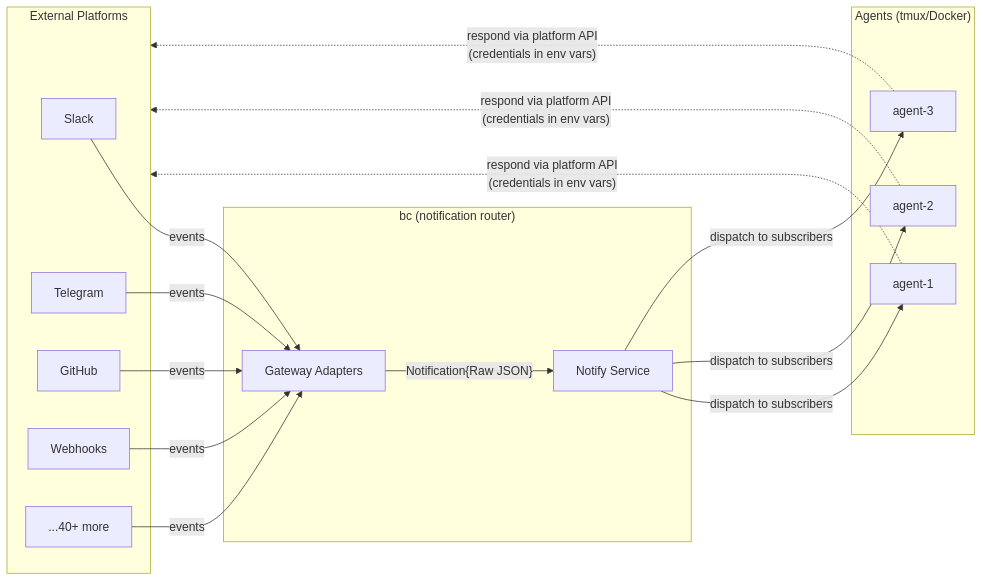
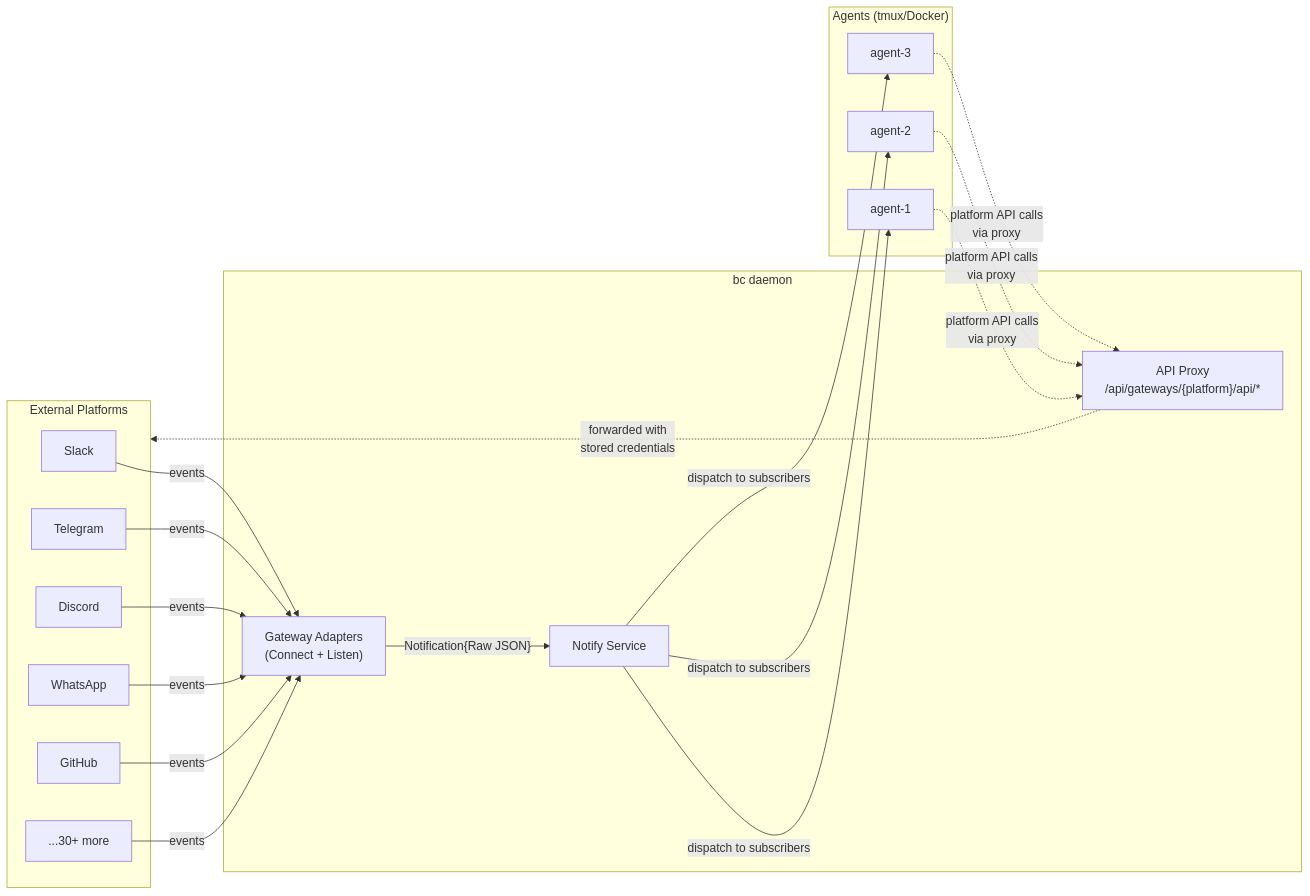
One commit to rpuneet/bc changed the first of 5 diagrams in docs/architecture/notifications.md. Above: the diagram before and after it, drawn with Mermaid. The commit also changed other lines of this file and 7 other files, not shown here.

````diff
--- a/docs/architecture/notifications.md
+++ b/docs/architecture/notifications.md
@@ -9,26 +21,29 @@
 ```mermaid
 flowchart LR
     subgraph Platforms["External Platforms"]
         S[Slack]
         T[Telegram]
+        D[Discord]
+        W[WhatsApp]
         G[GitHub]
-        W[Webhooks]
-        More["...40+ more"]
+        More["...30+ more"]
     end
 
-    subgraph bc["bc (notification router)"]
-        GW["Gateway Adapters"]
+    subgraph bc["bc daemon"]
+        GW["Gateway Adapters<br/>(Connect + Listen)"]
         NS["Notify Service"]
+        PROXY["API Proxy<br/>/api/gateways/{platform}/api/*"]
     end
 
     subgraph Agents["Agents (tmux/Docker)"]
         A1[agent-1]
         A2[agent-2]
         A3[agent-3]
     end
 
-    S & T & G & W & More -- "events" --> GW
+    S & T & D & W & G & More -- "events" --> GW
     GW -- "Notification{Raw JSON}" --> NS
     NS -- "dispatch to subscribers" --> A1 & A2 & A3
-    A1 & A2 & A3 -. "respond via platform API\n(credentials in env vars)" .-> Platforms
+    A1 & A2 & A3 -. "platform API calls\nvia proxy" .-> PROXY
+    PROXY -. "forwarded with\nstored credentials" .-> Platforms
 ```
````
